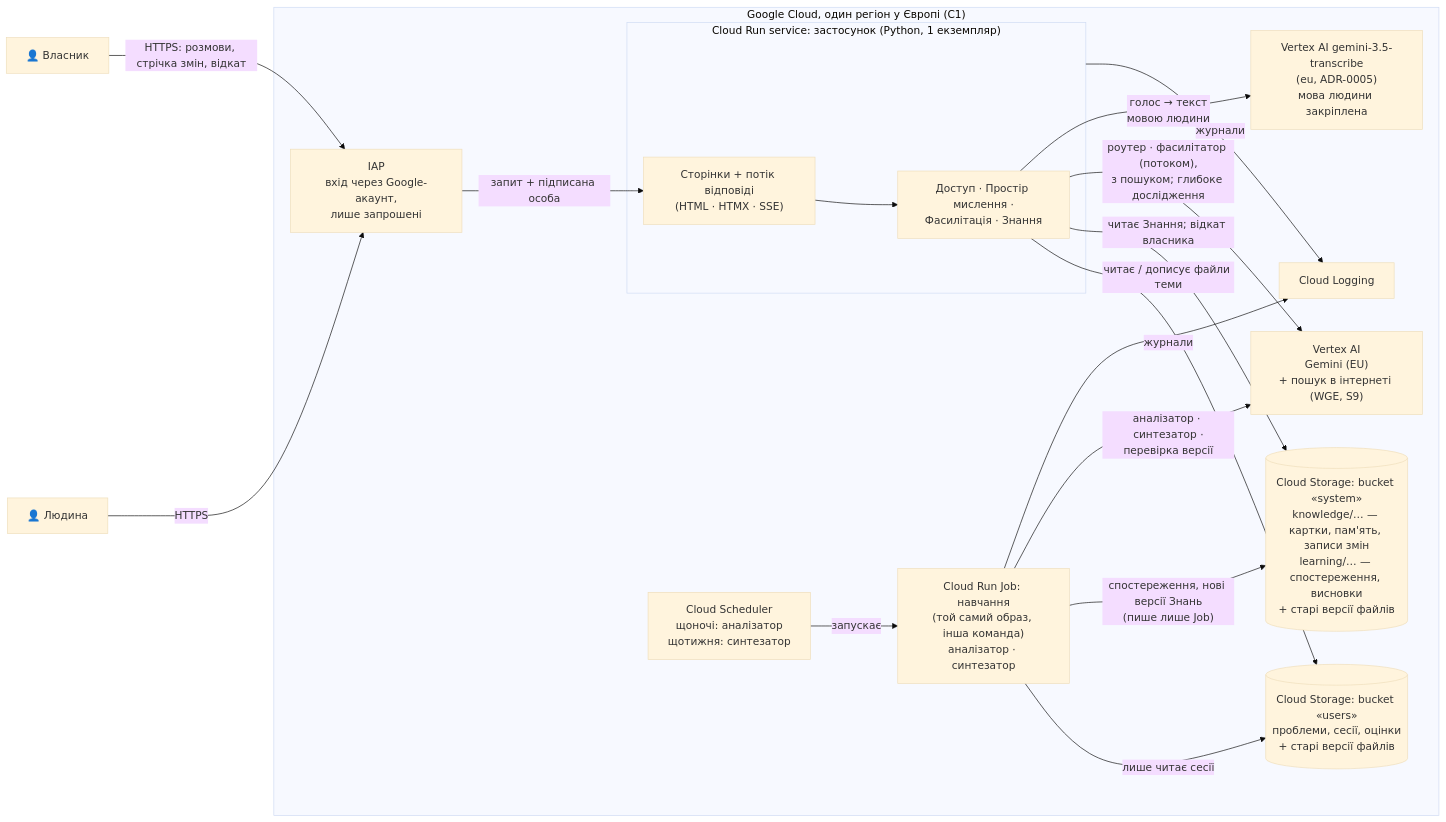
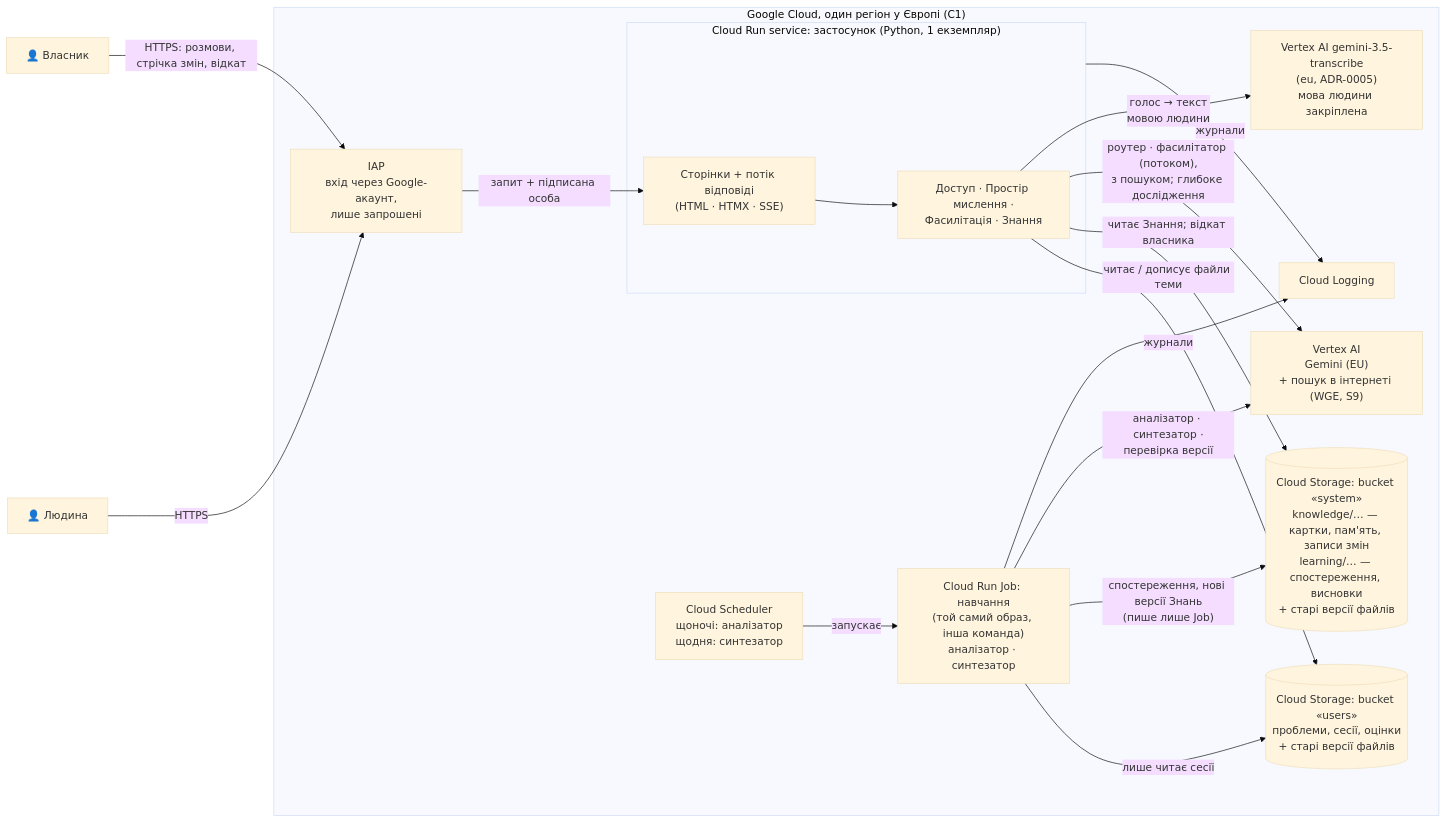
Before and after one commit to Tolkoton/thinkhow: the first of 5 diagrams in .engine/architecture/architecture-map.md, drawn with Mermaid (base theme). The commit also changed other lines of this file and 101 other files, not shown here.

````diff
--- a/.engine/architecture/architecture-map.md
+++ b/.engine/architecture/architecture-map.md
@@ -45,35 +45,35 @@
 ```mermaid
 flowchart LR
     person["👤 Людина"]
     owner["👤 Власник"]
 
     subgraph gcp["Google Cloud, один регіон у Європі (C1)"]
         iap["IAP<br/>вхід через Google-акаунт,<br/>лише запрошені"]
-        sched["Cloud Scheduler<br/>щоночі: аналізатор<br/>щотижня: синтезатор"]
+        sched["Cloud Scheduler<br/>щоночі: аналізатор<br/>щодня: синтезатор"]
         subgraph run["Cloud Run service: застосунок (Python, 1 екземпляр)"]
             web["Сторінки + потік відповіді<br/>(HTML · HTMX · SSE)"]
             core["Доступ · Простір мислення ·<br/>Фасилітація · Знання"]
         end
         job["Cloud Run Job: навчання<br/>(той самий образ, інша команда)<br/>аналізатор · синтезатор"]
         gcs[("Cloud Storage: bucket «users»<br/>проблеми, сесії, оцінки<br/>+ старі версії файлів")]
         gcs2[("Cloud Storage: bucket «system»<br/>knowledge/… — картки, пам'ять, записи змін<br/>learning/… — спостереження, висновки<br/>+ старі версії файлів")]
         vertex["Vertex AI<br/>Gemini (EU)<br/>+ пошук в інтернеті (WGE, S9)"]
         stt["Vertex AI gemini-3.5-transcribe<br/>(eu, ADR-0005)<br/>мова людини закріплена"]
         logs["Cloud Logging"]
     end
 
     person -->|"HTTPS"| iap
     owner -->|"HTTPS: розмови, стрічка змін, відкат"| iap
     iap -->|"запит + підписана особа"| web
     sched -->|"запускає"| job
     web --> core
     core -->|"читає / дописує файли теми"| gcs
     core -->|"читає Знання; відкат власника"| gcs2
     job -->|"лише читає сесії"| gcs
     job -->|"спостереження, нові версії Знань<br/>(пише лише Job)"| gcs2
     core -->|"роутер · фасилітатор (потоком),<br/>з пошуком; глибоке дослідження"| vertex
     core -->|"голос → текст<br/>мовою людини"| stt
     job -->|"аналізатор · синтезатор ·<br/>перевірка версії"| vertex
     run -->|"журнали"| logs
     job -->|"журнали"| logs
 ```
````
